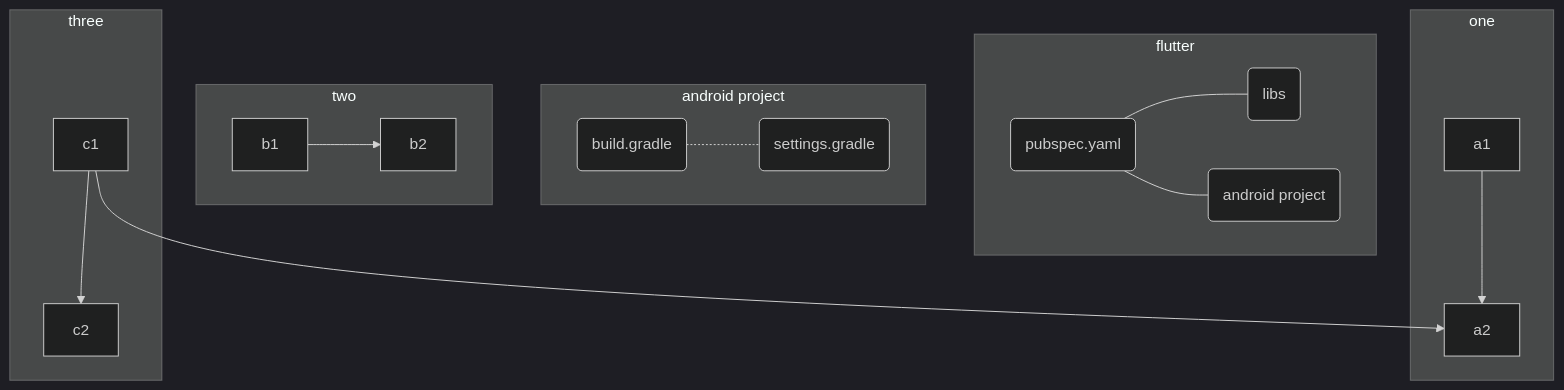
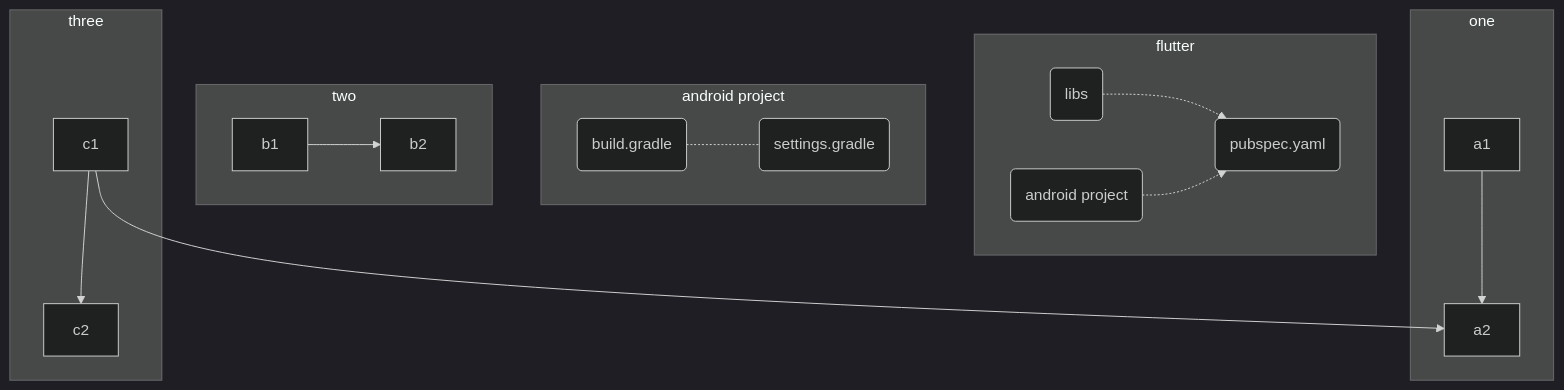
Before and after one commit to gordianknotC/nxp_note: the second of 2 diagrams in flutter/addAndroidProjIntoFlutter.md, drawn with Mermaid (dark theme). The commit also changed other lines of this file, not shown here.

Commit message:
flutter/addAndroidProjIntoFlutter.md updated from https://stackedit.io/

````diff
--- a/flutter/addAndroidProjIntoFlutter.md
+++ b/flutter/addAndroidProjIntoFlutter.md
@@ -225,20 +225,20 @@
 ```mermaid
 graph TB
 	subgraph flutter
-		FP(pubspec.yaml) --- FL(libs)
-		FP --- FA(android project)
+		FL(libs) -.-> FP(pubspec.yaml)
+		FA(android project) -.-> FP
 	end
 	subgraph android project
 		AB(build.gradle) -.- AS(settings.gradle)
 	end
 	c1-->a2
     subgraph one
     a1-->a2
     end
     subgraph two
     b1-->b2
     end
     subgraph three
     c1-->c2
     end
 ```
````
